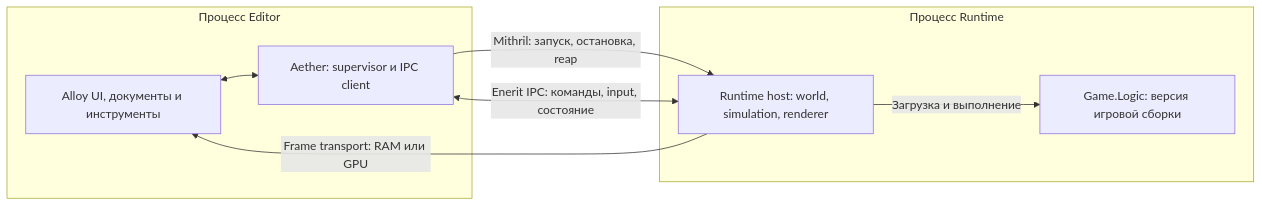
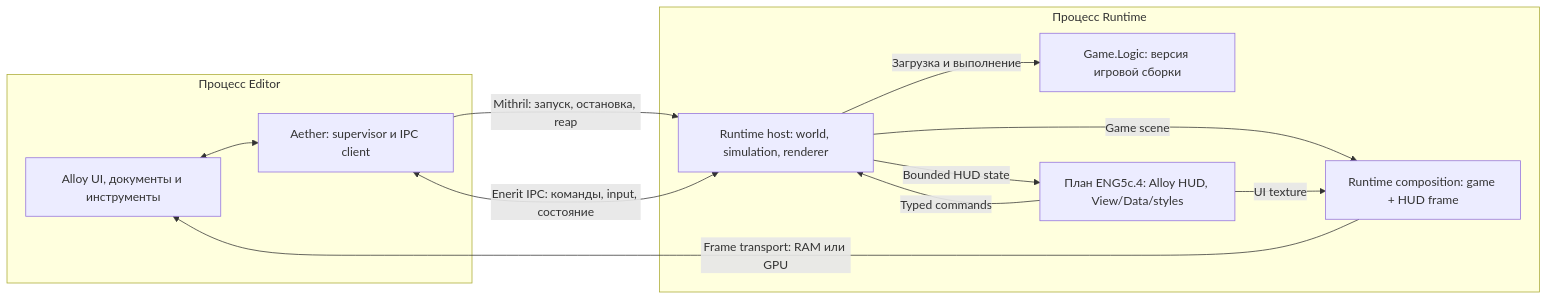
Before and after one commit to YotPhiligan/TrueMoon: the diagram in src/docs/engine/PLAN.md, drawn with Mermaid. The commit also changed other lines of this file and 94 other files, not shown here.

````diff
--- a/src/docs/engine/PLAN.md
+++ b/src/docs/engine/PLAN.md
@@ -695,16 +747,22 @@
 ```mermaid
 flowchart LR
     subgraph EP["Процесс Editor"]
         E["Alloy UI, документы и инструменты"]
         A["Aether: supervisor и IPC client"]
         E <--> A
     end
     subgraph RP["Процесс Runtime"]
         R["Runtime host: world, simulation, renderer"]
         L["Game.Logic: версия игровой сборки"]
+        H["План ENG5c.4: Alloy HUD, View/Data/styles"]
+        F["Runtime composition: game + HUD frame"]
         R -->|"Загрузка и выполнение"| L
+        R -->|"Bounded HUD state"| H
+        H -->|"Typed commands"| R
+        R -->|"Game scene"| F
+        H -->|"UI texture"| F
     end
     A -->|"Mithril: запуск, остановка, reap"| R
     A <-->|"Enerit IPC: команды, input, состояние"| R
-    R -->|"Frame transport: RAM или GPU"| E
+    F -->|"Frame transport: RAM или GPU"| E
 ```
````
